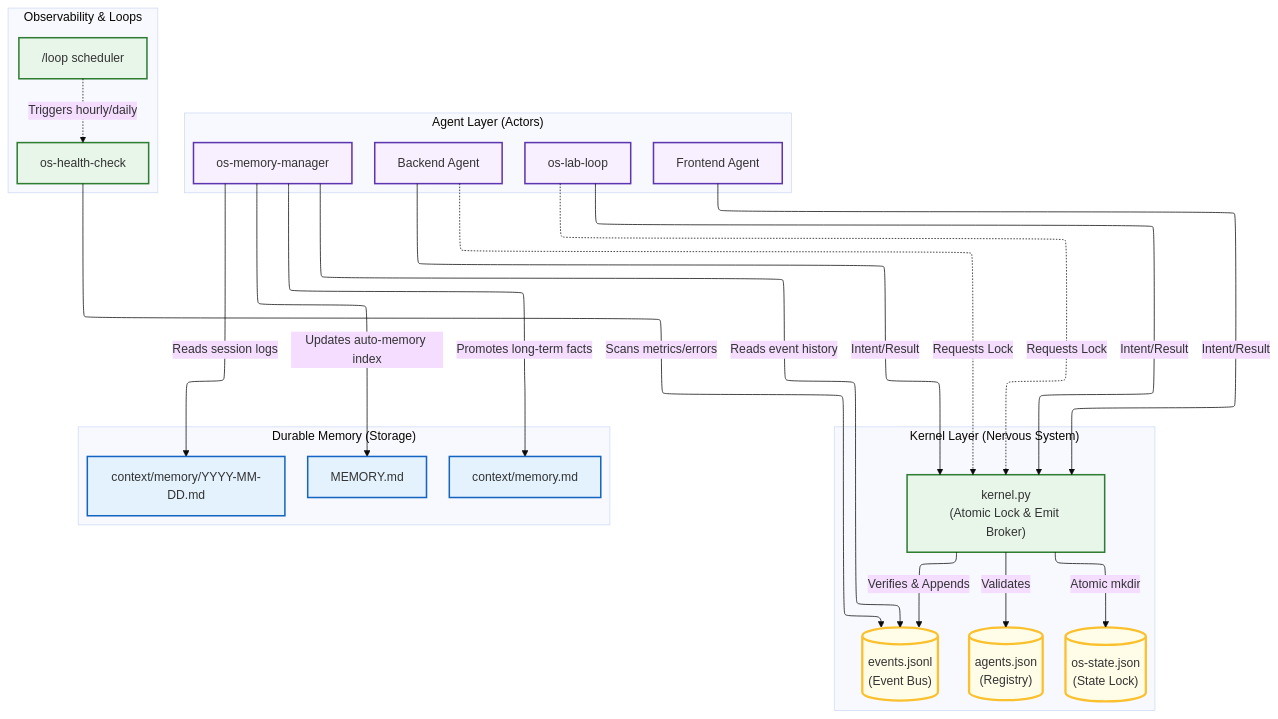
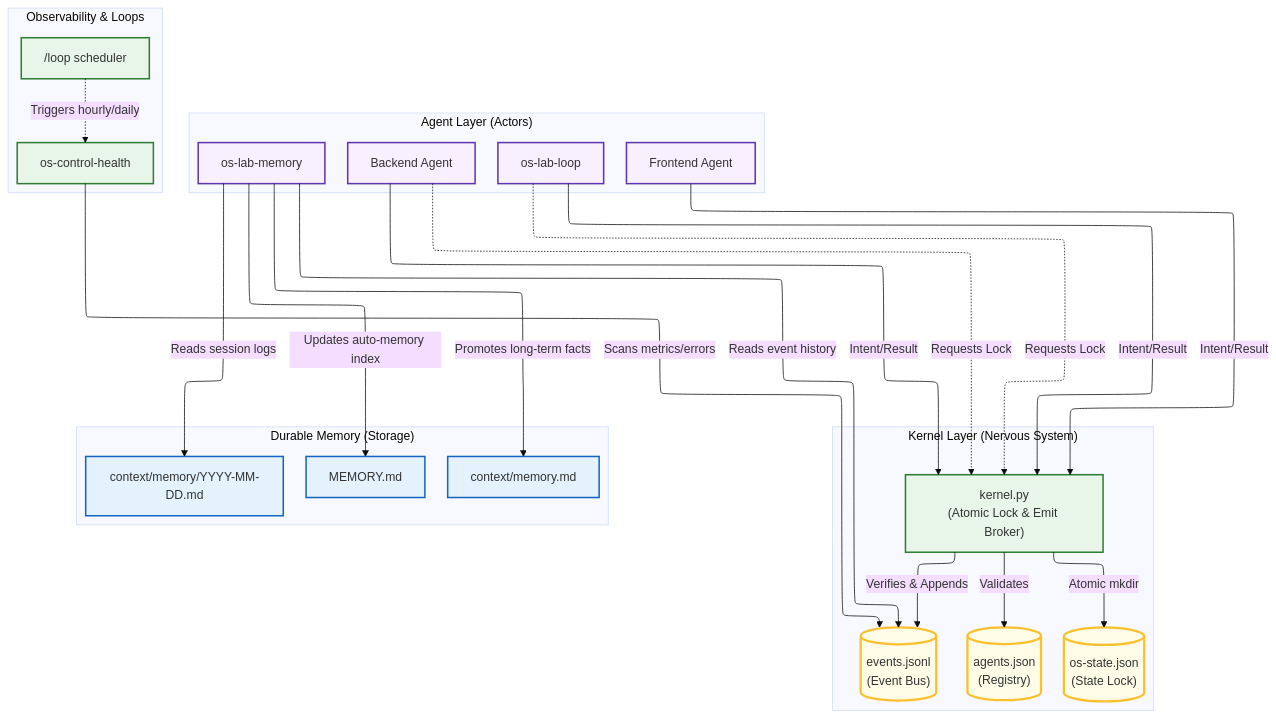
One commit to richfrem/agent-plugins-skills changed the diagram in plugins/agent-agentic-os/assets/diagrams/event-bus-architecture.mmd. Above: the diagram before and after it, drawn with Mermaid. The commit also changed 532 other files, not shown here.

```diff
--- a/plugins/agent-agentic-os/assets/diagrams/event-bus-architecture.mmd
+++ b/plugins/agent-agentic-os/assets/diagrams/event-bus-architecture.mmd
@@ -1,60 +1,60 @@
 ---
 config:
   layout: elk
   theme: base
 ---
 flowchart TB
  subgraph subGraph0["Agent Layer (Actors)"]
         backend_agent["Backend Agent"]
         frontend_agent["Frontend Agent"]
         os_lab_loop["os-lab-loop"]
-        memory_manager["os-memory-manager"]
+        memory_manager["os-lab-memory"]
   end
  subgraph subGraph1["Kernel Layer (Nervous System)"]
         kernel_controller["kernel.py<br>(Atomic Lock & Emit Broker)"]
         event_bus[("events.jsonl<br>(Event Bus)")]
         os_state[("os-state.json<br>(State Lock)")]
         registry[("agents.json<br>(Registry)")]
   end
  subgraph subGraph2["Observability & Loops"]
-        os_health_check["os-health-check"]
+        os_health_check["os-control-health"]
         loop_scheduler["/loop scheduler"]
   end
  subgraph subGraph3["Durable Memory (Storage)"]
         memory_md["MEMORY.md"]
         context_memory_md["context/memory.md"]
         dated_logs["context/memory/YYYY-MM-DD.md"]
   end
     backend_agent -- "Intent/Result" --> kernel_controller
     frontend_agent -- "Intent/Result" --> kernel_controller
     os_lab_loop -- "Intent/Result" --> kernel_controller
     kernel_controller -- "Verifies & Appends" --> event_bus
     kernel_controller -- "Validates" --> registry
     memory_manager -- Reads event history --> event_bus
     memory_manager -- Reads session logs --> dated_logs
     memory_manager -- Promotes long-term facts --> context_memory_md
     memory_manager -- Updates auto-memory index --> memory_md
     loop_scheduler -. Triggers hourly/daily .-> os_health_check
     os_health_check -- Scans metrics/errors --> event_bus
     backend_agent -. Requests Lock .-> kernel_controller
     os_lab_loop -. Requests Lock .-> kernel_controller
     kernel_controller -- "Atomic mkdir" --> os_state
 
      backend_agent:::agent
      frontend_agent:::agent
      os_lab_loop:::agent
      memory_manager:::agent
      kernel_controller:::daemon
      event_bus:::bus
      os_state:::bus
      registry:::bus
      os_health_check:::daemon
      loop_scheduler:::daemon
      memory_md:::storage
      context_memory_md:::storage
      dated_logs:::storage
     classDef agent fill:#f9f0ff,stroke:#5e35b1,stroke-width:2px
     classDef bus fill:#fffde7,stroke:#fbc02d,stroke-width:3px
     classDef storage fill:#e3f2fd,stroke:#1565c0,stroke-width:2px
     classDef daemon fill:#e8f5e9,stroke:#2e7d32,stroke-width:2px
     classDef default fill:#fafafa,stroke:#333,stroke-width:1px
```
